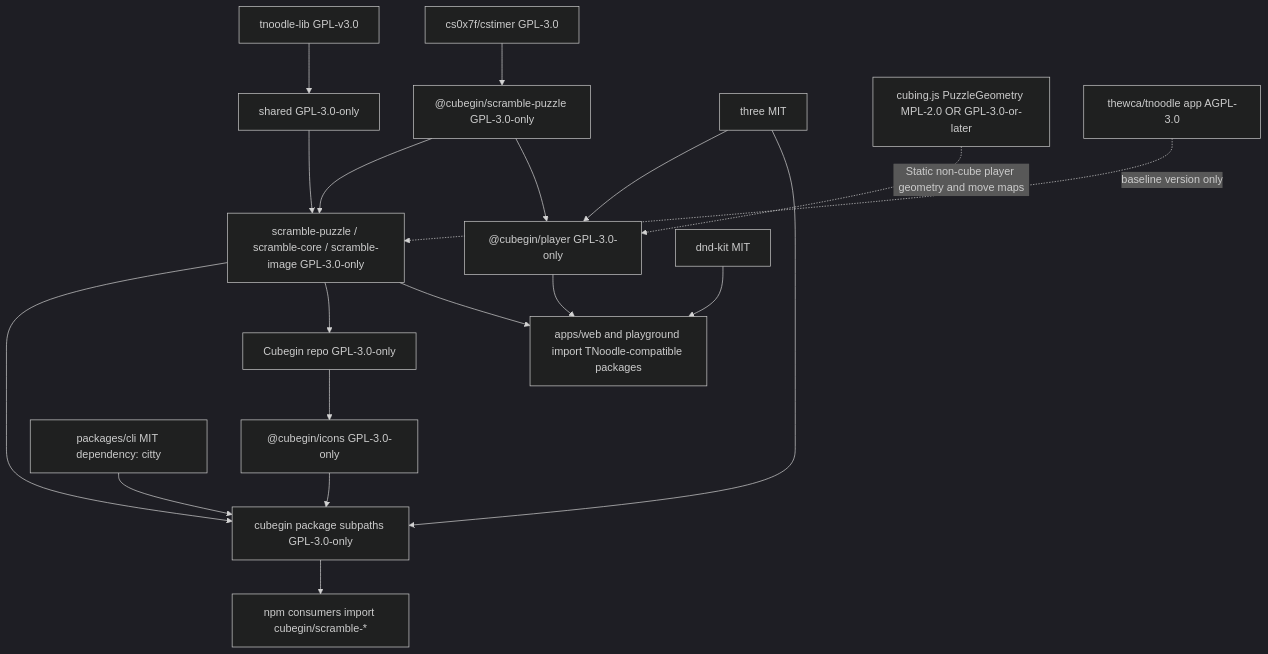
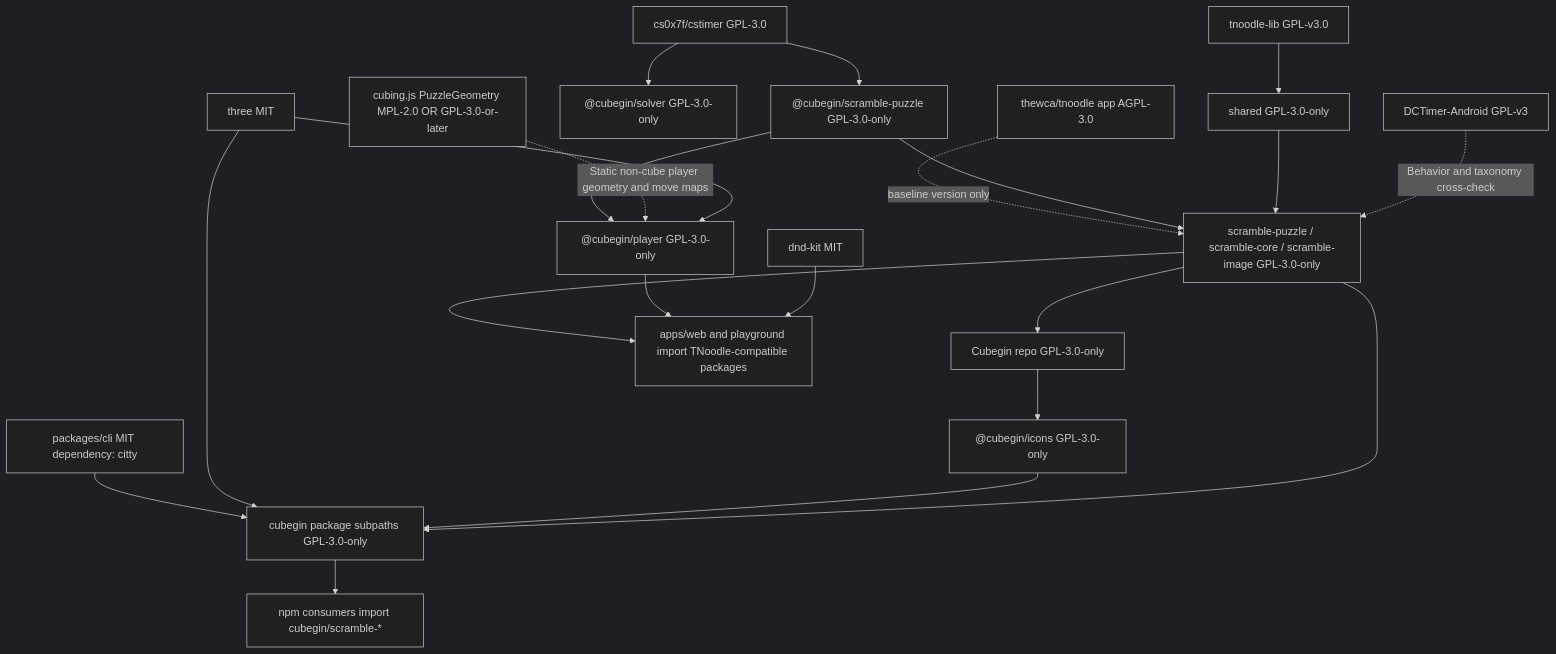
The diagram in docs/dependency-licensing.md (deweyou/cube-kit), drawn with Mermaid (dark theme) before and after one commit. The commit also changed other lines of this file and 85 other files, not shown here.

````diff
--- a/docs/dependency-licensing.md
+++ b/docs/dependency-licensing.md
@@ -3,22 +3,24 @@
 ```mermaid
 flowchart TD
     TnoodleLib["tnoodle-lib GPL-v3.0"] --> SharedPkg["shared GPL-3.0-only"]
     CsTimer["cs0x7f/cstimer GPL-3.0"] --> ScramblePuzzle["@cubegin/scramble-puzzle GPL-3.0-only"]
+    CsTimer --> Solver["@cubegin/solver GPL-3.0-only"]
+    DCTimer["DCTimer-Android GPL-v3"] -. "Behavior and taxonomy cross-check" .-> NewPackages
     SharedPkg --> NewPackages["scramble-puzzle / scramble-core / scramble-image GPL-3.0-only"]
     ScramblePuzzle --> NewPackages
     RepoLicense --> Icons["@cubegin/icons GPL-3.0-only"]
     NewPackages --> PublicPackage["cubegin package subpaths GPL-3.0-only"]
     Icons --> PublicPackage
     Three["three MIT"] --> Player["@cubegin/player GPL-3.0-only"]
     Three --> PublicPackage
     DndKit["dnd-kit MIT"] --> Apps
     CubingGeometry["cubing.js PuzzleGeometry MPL-2.0 OR GPL-3.0-or-later"] -. "Static non-cube player geometry and move maps" .-> Player
     ScramblePuzzle --> Player
     Player --> Apps
     Cli["packages/cli MIT dependency: citty"] --> PublicPackage
     NewPackages --> RepoLicense
     NewPackages --> Apps["apps/web and playground import TNoodle-compatible packages"]
     PublicPackage --> NpmConsumers["npm consumers import cubegin/scramble-*"]
     RepoLicense["Cubegin repo GPL-3.0-only"]
     TnoodleApp["thewca/tnoodle app AGPL-3.0"] -. "baseline version only" .-> NewPackages
 ```
````
